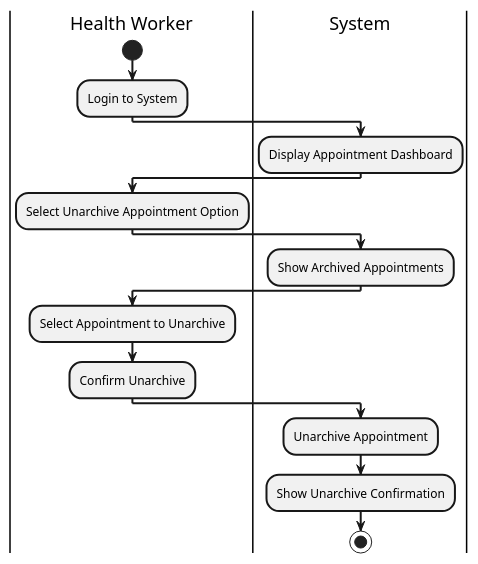
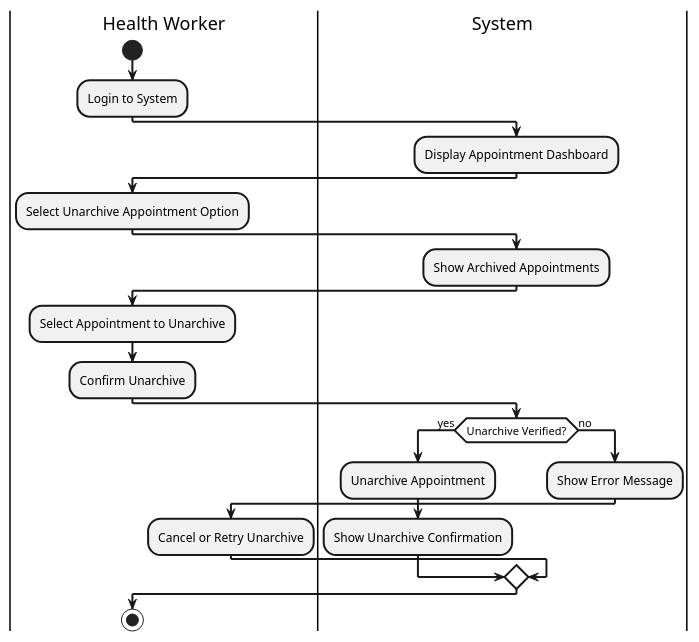
The diagram in dist/02 - diagrams/Activity_Diagrams/health_worker_unarchive_appointment_activity.puml (KuroKage-001/Mamatid_MedClinic), drawn with PlantUML before and after one commit. The commit also changed 12 other files, not shown here.

```diff
--- a/dist/02 - diagrams/Activity_Diagrams/health_worker_unarchive_appointment_activity.puml
+++ b/dist/02 - diagrams/Activity_Diagrams/health_worker_unarchive_appointment_activity.puml
@@ -1,31 +1,37 @@
 @startuml
 skinparam defaultTextAlignment center
 skinparam ArrowThickness 2
 skinparam ActivityBorderThickness 2
 skinparam ActivityDiamondBackgroundColor white
 skinparam ActivityDiamondBorderThickness 2
 
 |Health Worker|
 start
 :Login to System;
 
 |System|
 :Display Appointment Dashboard;
 
 |Health Worker|
 :Select Unarchive Appointment Option;
 
 |System|
 :Show Archived Appointments;
 
 |Health Worker|
 :Select Appointment to Unarchive;
 :Confirm Unarchive;
 
 |System|
-:Unarchive Appointment;
-:Show Unarchive Confirmation;
+if (Unarchive Verified?) then (yes)
+  :Unarchive Appointment;
+  :Show Unarchive Confirmation;
+else (no)
+  :Show Error Message;
+  |Health Worker|
+  :Cancel or Retry Unarchive;
+endif
 
 stop
 
 @enduml 
```
